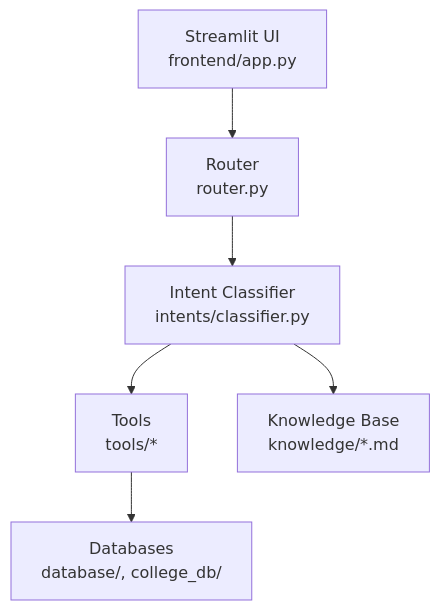
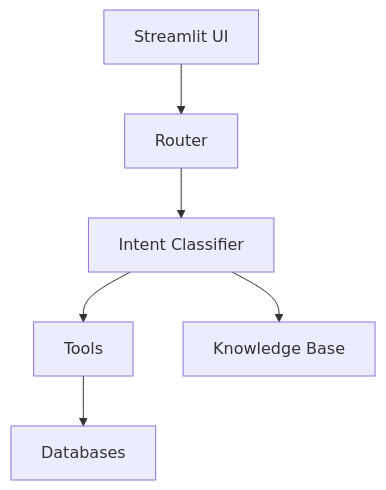
Before and after one commit to mondisailokesh/college-helpdesk-ai: the first of 2 diagrams in report.md, drawn with Mermaid.

Commit message:
Simplify architecture diagram in report.md
Updated architecture diagram in report.md to remove HTML entities.

````diff
--- a/report.md
+++ b/report.md
@@ -28,15 +28,15 @@
 ```mermaid
 flowchart TD
-    UI[Streamlit UI<br/>frontend/app.py]
-    Router[Router<br/>router.py]
-    Intent[Intent Classifier<br/>intents/classifier.py]
-    Tools[Tools<br/>tools/*]
-    Knowledge[Knowledge Base<br/>knowledge/*.md]
-    Database[Databases<br/>database/, college_db/]
+    UI[Streamlit UI]
+    Router[Router]
+    Intent[Intent Classifier]
+    Tools[Tools]
+    Knowledge[Knowledge Base]
+    Database[Databases]
 
     UI --> Router
     Router --> Intent
     Intent --> Tools
     Intent --> Knowledge
     Tools --> Database
 ```
````
